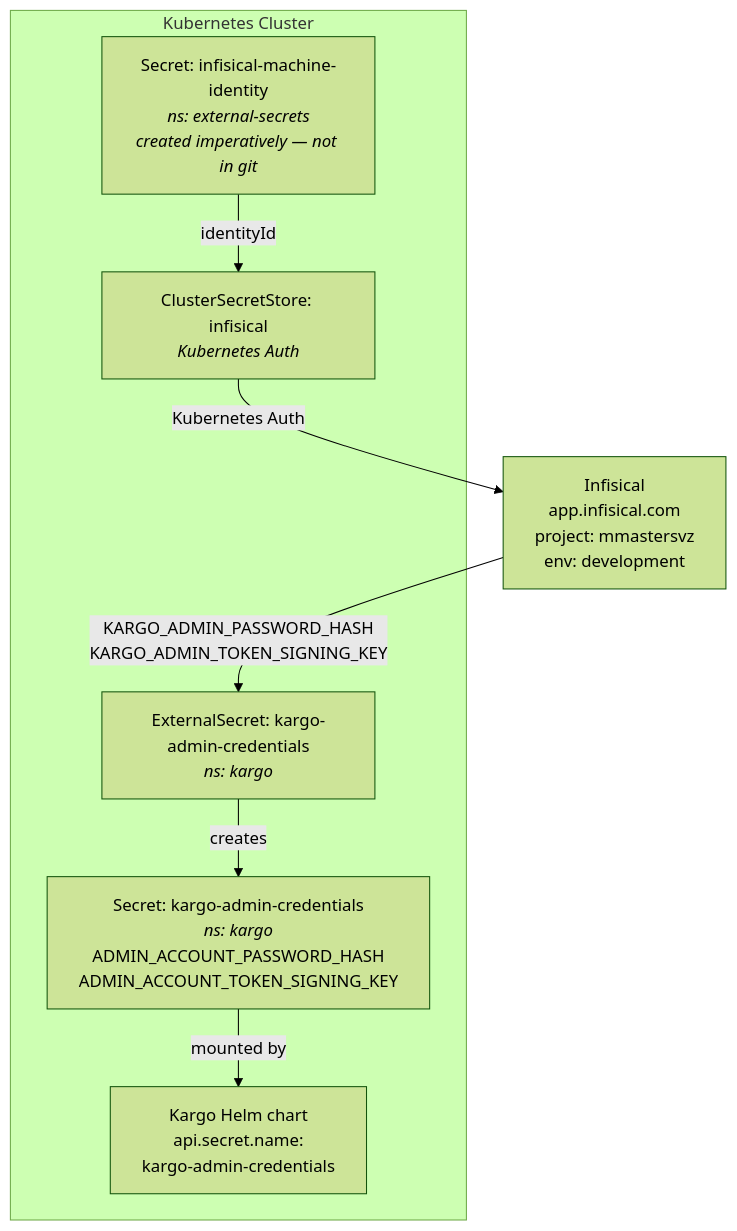
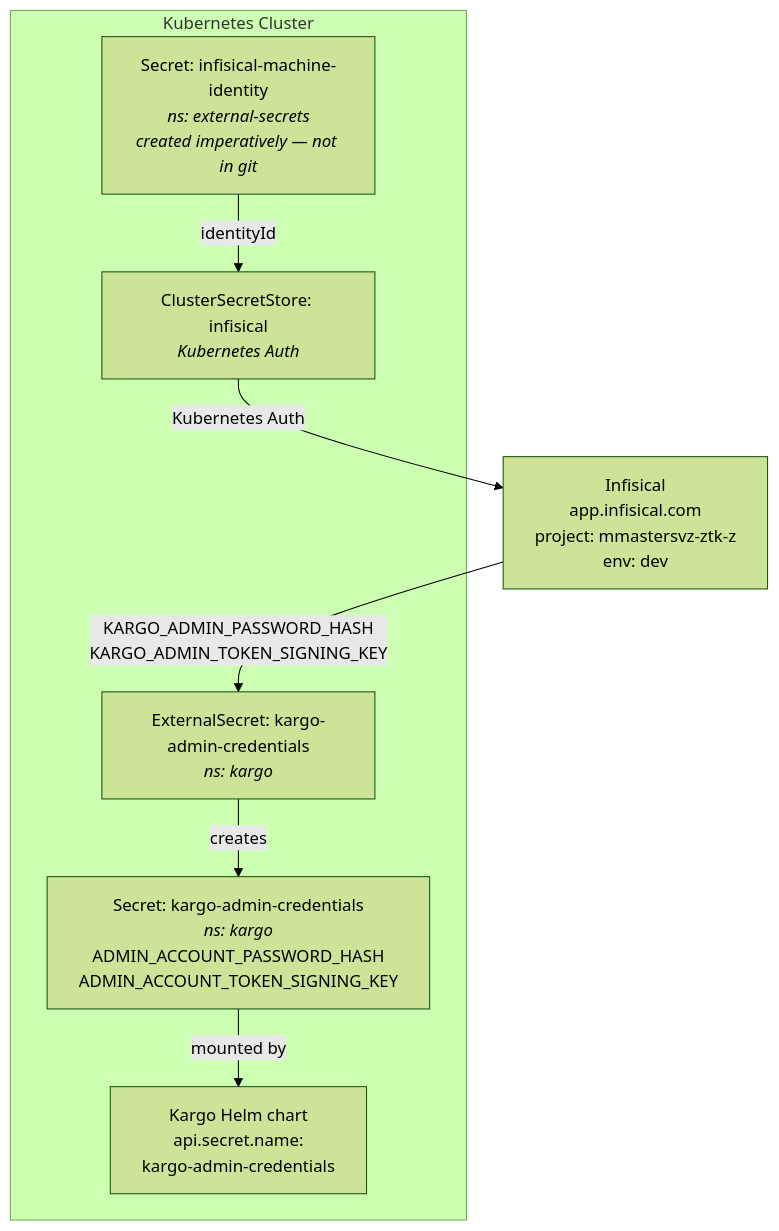
Before and after one commit to mmastersvz/platform-gitops: the fourth of 5 diagrams in README.md, drawn with Mermaid (forest theme). The commit also changed other lines of this file and 1 other file, not shown here.

Commit message:
feat: project slug mmastersvz-ztk-z

````diff
--- a/README.md
+++ b/README.md
@@ -226,18 +226,18 @@
 ```mermaid
 flowchart TD
-    infisical["Infisical\napp.infisical.com\nproject: mmastersvz\nenv: development"]
+    infisical["Infisical\napp.infisical.com\nproject: mmastersvz-ztk-z\nenv: dev"]
 
     subgraph cluster["Kubernetes Cluster"]
         mi["Secret: infisical-machine-identity\n<i>ns: external-secrets</i>\n<i>created imperatively — not in git</i>"]
         css["ClusterSecretStore: infisical\n<i>Kubernetes Auth</i>"]
         es["ExternalSecret: kargo-admin-credentials\n<i>ns: kargo</i>"]
         secret["Secret: kargo-admin-credentials\n<i>ns: kargo</i>\nADMIN_ACCOUNT_PASSWORD_HASH\nADMIN_ACCOUNT_TOKEN_SIGNING_KEY"]
         kargo["Kargo Helm chart\napi.secret.name:\n  kargo-admin-credentials"]
     end
 
     mi -->|identityId| css
     css -->|Kubernetes Auth| infisical
     infisical -->|KARGO_ADMIN_PASSWORD_HASH\nKARGO_ADMIN_TOKEN_SIGNING_KEY| es
     es -->|creates| secret
     secret -->|mounted by| kargo
 ```
````
